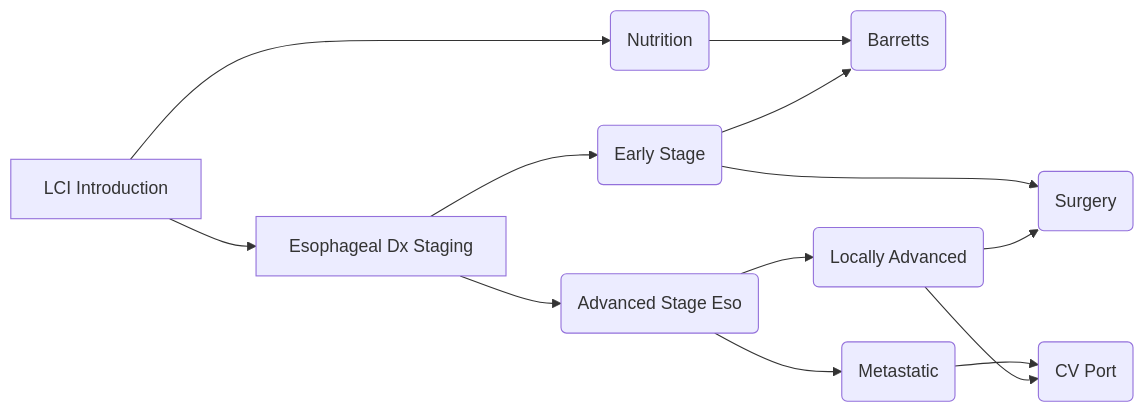
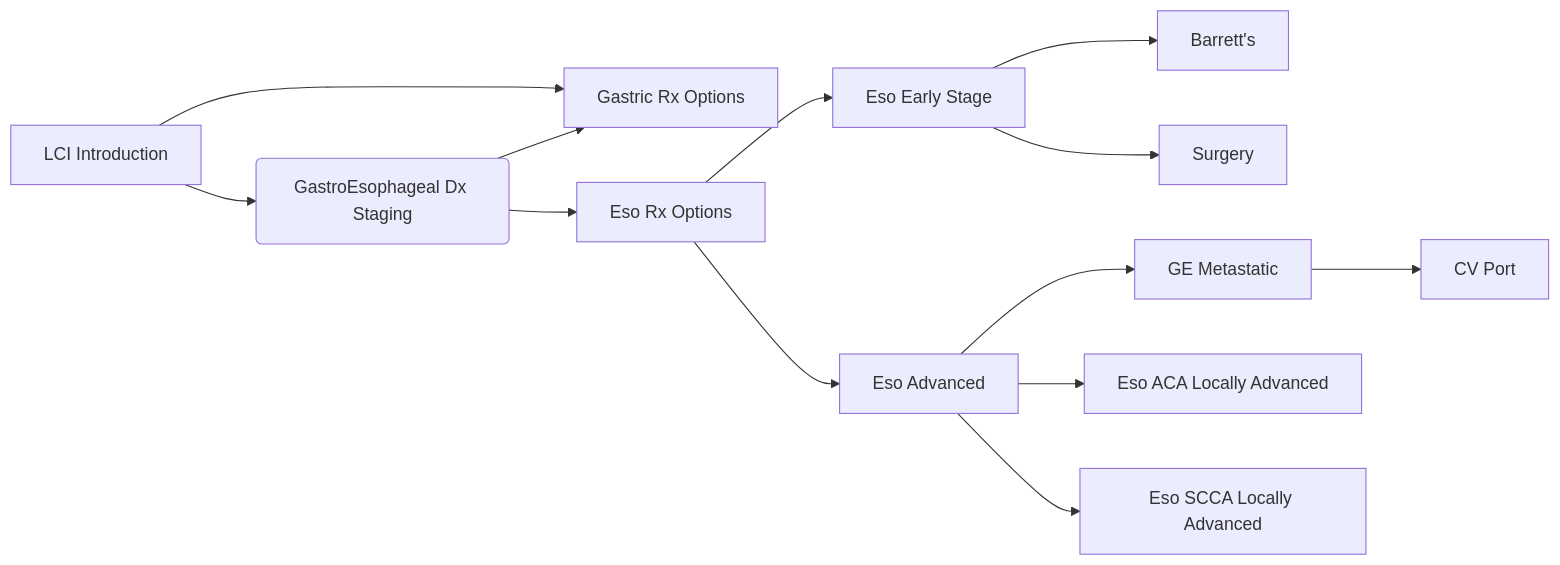
Before and after one commit to jcsalo/patient_education: the diagram in patient_education_plan.qmd, drawn with Mermaid. The commit also changed 1 other file, not shown here.

Commit message:
html:default

````diff
--- a/patient_education_plan.qmd
+++ b/patient_education_plan.qmd
@@ -9,22 +9,27 @@
 ```{mermaid}
 
 flowchart LR
 A[LCI Introduction] -->B(GastroEsophageal Dx Staging)
 A-->C(Nutrition)
-C-->F(Gastric Dx Staging)
-B[Esophageal Dx Staging] -->D(Early Stage)
-D-->F(Barretts)
-D-->G(Surgery)
-B--> E(Advanced Stage Eso)
-E--> H(Locally Advanced)
-E--> J(Metastatic)
-J--> K(CV Port)
-H --> G
-H--> K
+
+B--> C[Gastric Rx Options]
+B--> D[Eso Rx Options]
+
+D-->E[Eso Early Stage]
+D-->F[Eso Advanced]
+
+E-->G[Barrett's]
+E-->H[Surgery]
+
+F-->I[GE Metastatic]
+F-->J[Eso ACA Locally Advanced]
+F-->K[Eso SCCA Locally Advanced]
+
+I-->L[CV Port]
 
 click A "lci_intro.html"
 click B "eso_dx_staging.html"
 click F "barretts.html"
 
 
 ```
````
